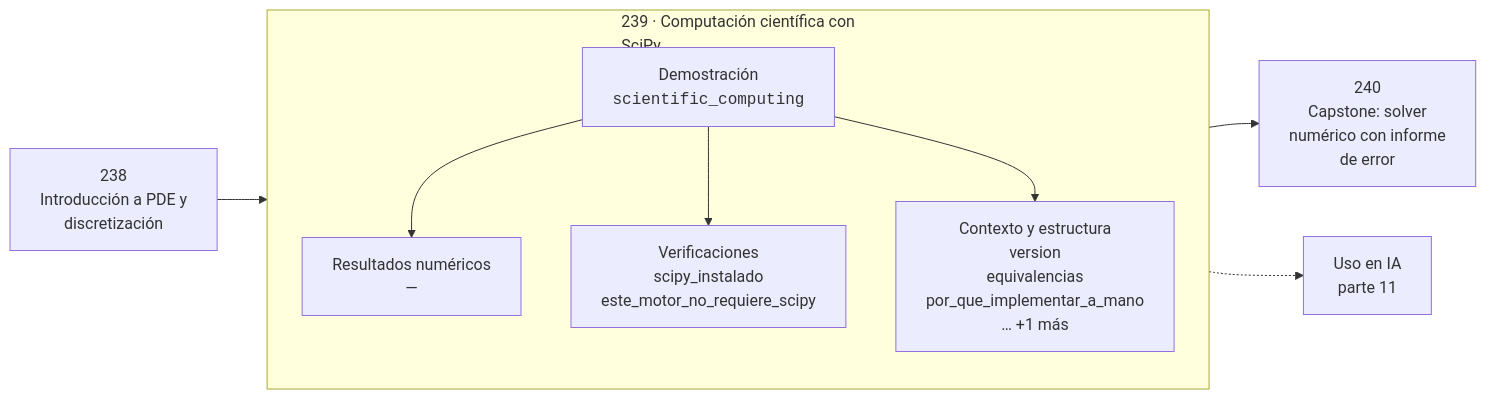
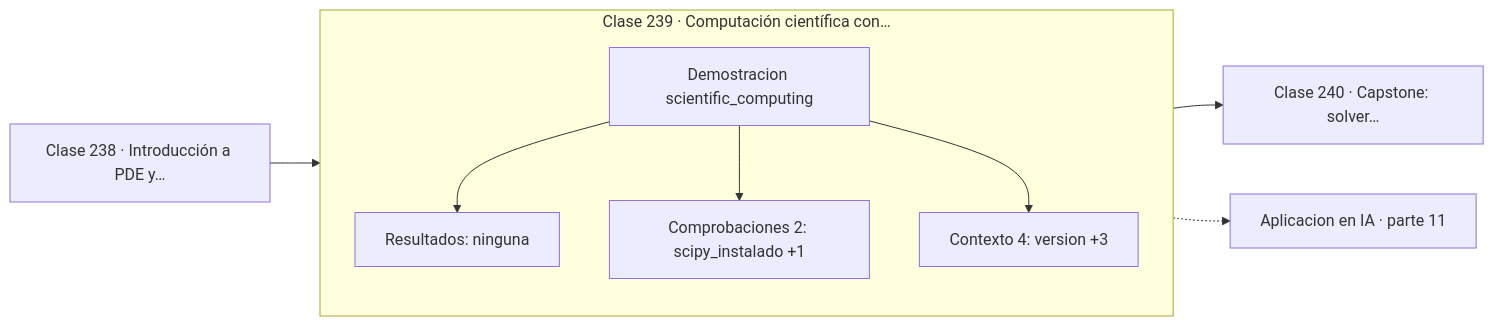
One commit to vladimiracunadev-create/computational-mathematics-program changed the diagram in classes/part-11-metodos-numericos-y-computacion-cientifica/239-computacion-cientifica-con-scipy/README.md. Above: the diagram before and after it, drawn with Mermaid. The commit also changed 389 other files, not shown here.

First line of the commit message:
fix(diagramas): elimina el HTML de las etiquetas Mermaid

````diff
--- a/classes/part-11-metodos-numericos-y-computacion-cientifica/239-computacion-cientifica-con-scipy/README.md
+++ b/classes/part-11-metodos-numericos-y-computacion-cientifica/239-computacion-cientifica-con-scipy/README.md
@@ -30,12 +30,13 @@
 ```mermaid
 flowchart LR
-    P["238<br/>Introducción a PDE y<br/>discretización"] --> C
-    subgraph C["239 · Computación científica con<br/>SciPy"]
+    P["Clase 238 · Introducción a PDE y…"] --> D
+    subgraph CLASE["Clase 239 · Computación científica con…"]
         direction TB
-        D["Demostración<br/><code>scientific_computing</code>"] --> R["Resultados numéricos<br/>—"]
-        D --> V["Verificaciones<br/>scipy_instalado<br/>este_motor_no_requiere_scipy"]
-        D --> O["Contexto y estructura<br/>version<br/>equivalencias<br/>por_que_implementar_a_mano<br/>… +1 más"]
+        D["Demostracion scientific_computing"]
+        D --> R["Resultados: ninguna"]
+        D --> V["Comprobaciones 2: scipy_instalado +1"]
+        D --> O["Contexto 4: version +3"]
     end
-    C --> N["240<br/>Capstone: solver<br/>numérico con informe<br/>de error"]
-    C -.-> IA["Uso en IA<br/>parte 11"]
+    R --> N["Clase 240 · Capstone: solver…"]
+    V -.-> IA["Aplicacion en IA · parte 11"]
 ```
````
